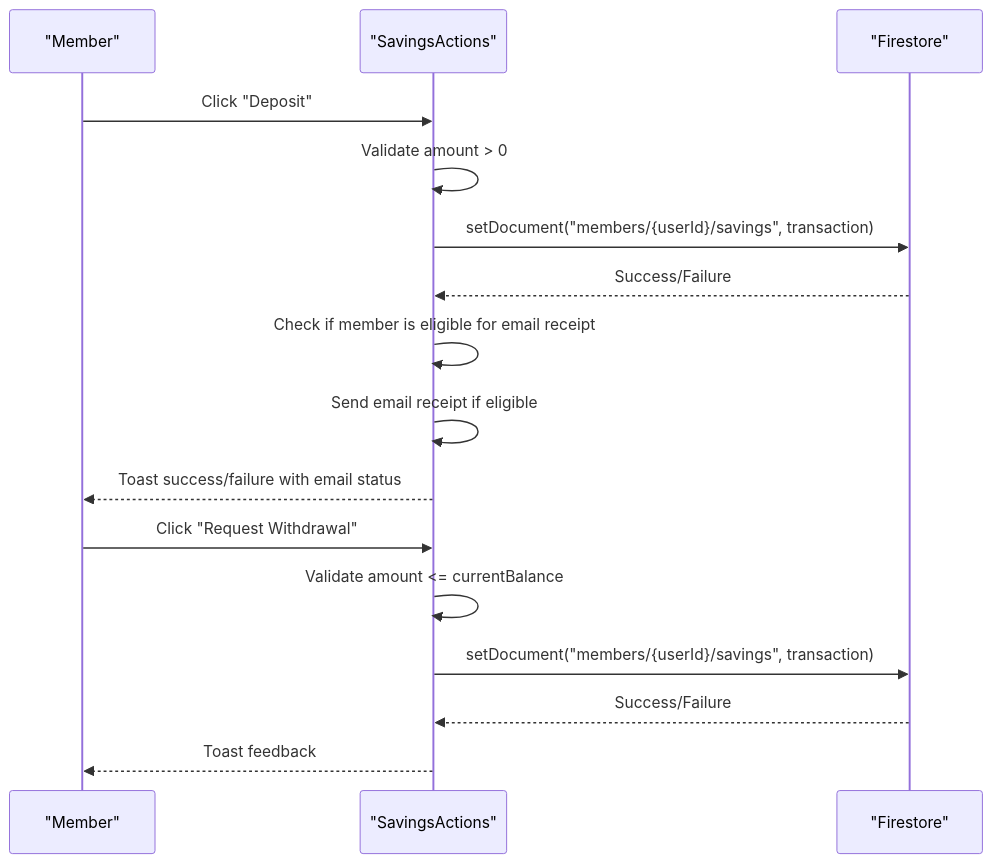
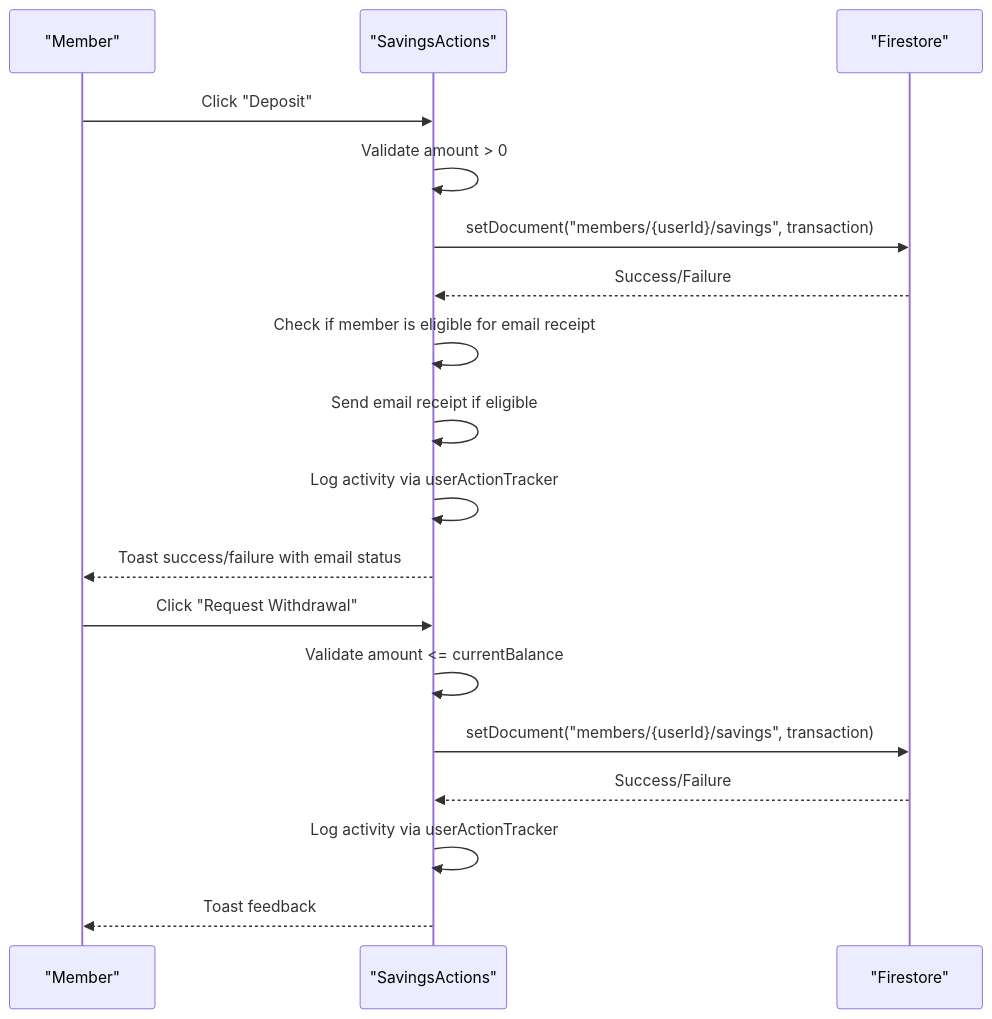
The eighth of 20 diagrams in .qoder/repowiki/en/content/Savings Management System/Savings Management System.md (Unsure-bry/sampacoop_system), drawn with Mermaid before and after one commit. The commit also changed other lines of this file and 24 other files, not shown here.

````diff
--- a/.qoder/repowiki/en/content/Savings Management System/Savings Management System.md
+++ b/.qoder/repowiki/en/content/Savings Management System/Savings Management System.md
@@ -303,18 +388,20 @@
 ```mermaid
 sequenceDiagram
 participant M as "Member"
 participant UI as "SavingsActions"
 participant FS as "Firestore"
 M->>UI : Click "Deposit"
 UI->>UI : Validate amount > 0
 UI->>FS : setDocument("members/{userId}/savings", transaction)
 FS-->>UI : Success/Failure
 UI->>UI : Check if member is eligible for email receipt
 UI->>UI : Send email receipt if eligible
+UI->>UI : Log activity via userActionTracker
 UI-->>M : Toast success/failure with email status
 M->>UI : Click "Request Withdrawal"
 UI->>UI : Validate amount <= currentBalance
 UI->>FS : setDocument("members/{userId}/savings", transaction)
 FS-->>UI : Success/Failure
+UI->>UI : Log activity via userActionTracker
 UI-->>M : Toast feedback
 ```
````
